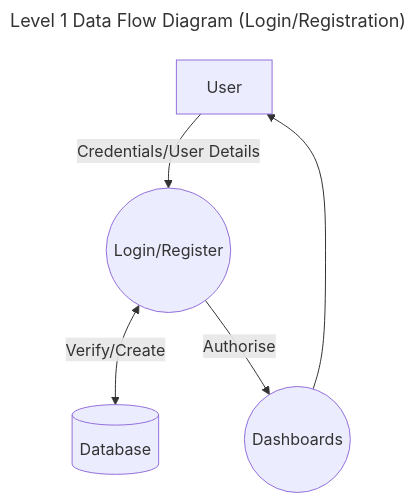
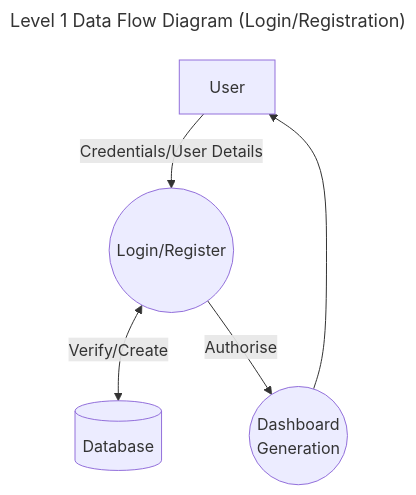
Before and after one commit to AlexandriaParkCS/2026-y12-SE-PhilipYaroshchyk-pwa-obsidian-portfolio: the second of 5 diagrams in 02. My Portfolio/3. Application Design/AD-02 Data Flow Diagrams.md, drawn with Mermaid. The commit also changed other lines of this file and 4 other files, not shown here.

Commit message:
I applied feedback I recieved to diagrams

````diff
--- a/02. My Portfolio/3. Application Design/AD-02 Data Flow Diagrams.md
+++ b/02. My Portfolio/3. Application Design/AD-02 Data Flow Diagrams.md
@@ -35,19 +35,19 @@
 ```mermaid
 ---
 title: Level 1 Data Flow Diagram (Login/Registration)
 ---
 flowchart
 
 User
 Register((Login/Register))
-Dashboards((Dashboards))
+Dashboards((Dashboard<br>Generation))
 
 Database[(Database)]
 
 User -- Credentials/User Details --> Register
 
 Register <-- Verify/Create --> Database
 
 Register -- Authorise --> Dashboards
 Dashboards --> User
 ```
````
